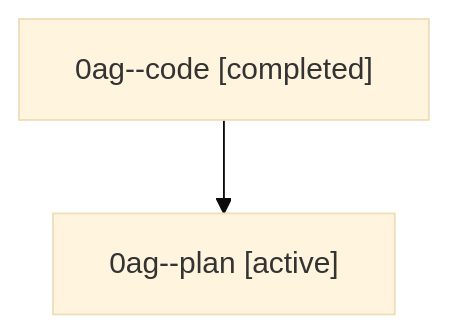
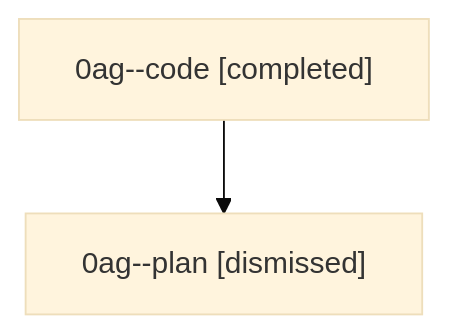
Before and after one commit to sase-org/sase--agents: the diagram in sessions/bbugyi200.athena.0ag.md, drawn with Mermaid (base theme). The commit also changed other lines of this file and 34 other files, not shown here.

````diff
--- a/sessions/bbugyi200.athena.0ag.md
+++ b/sessions/bbugyi200.athena.0ag.md
@@ -9,6 +9,6 @@
 ```mermaid
 flowchart TD
   n0["0ag--code [completed]"]
-  n1["0ag--plan [active]"]
+  n1["0ag--plan [dismissed]"]
   n0 --> n1
 ```
````
